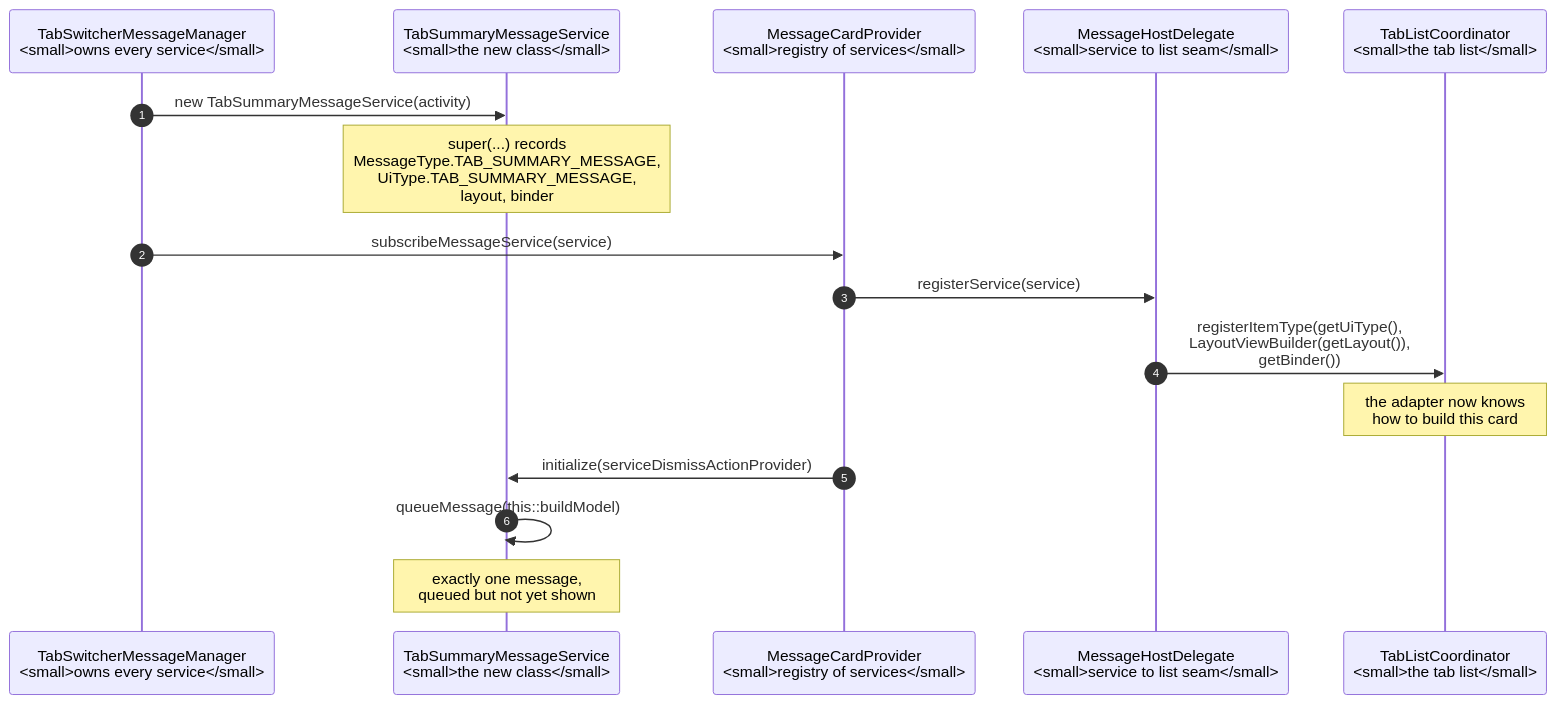
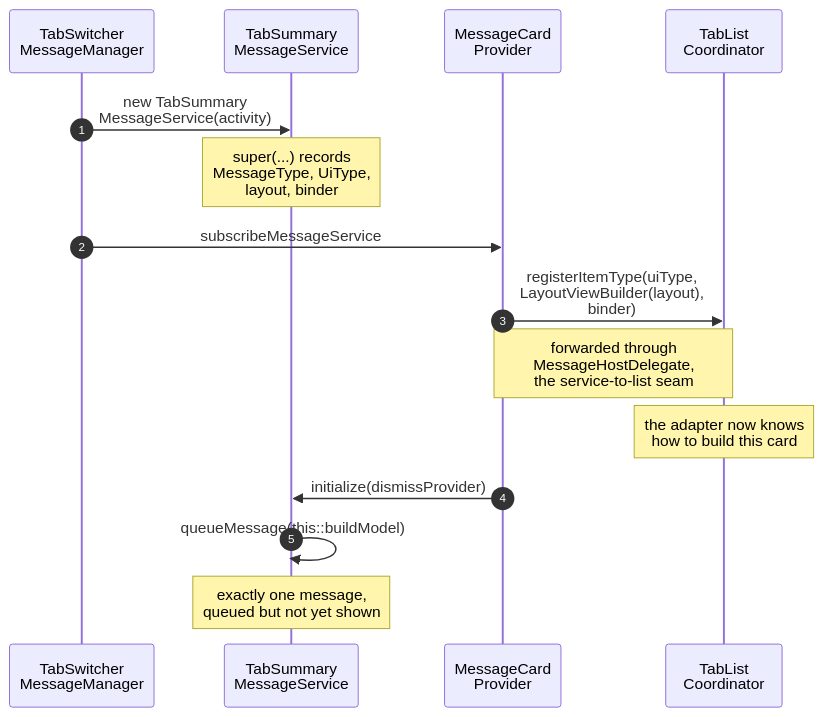
One commit to obeletski/chromium changed the second of 10 diagrams in docs/floating_window/tab-summary-android-ui-alternatives.md. Above: the diagram before and after it, drawn with Mermaid. The commit also changed other lines of this file and 13 other files, not shown here.

````diff
--- a/docs/floating_window/tab-summary-android-ui-alternatives.md
+++ b/docs/floating_window/tab-summary-android-ui-alternatives.md
@@ -556,19 +693,19 @@
 ```mermaid
+%%{init: {"sequence": {"actorMargin": 18, "width": 120, "boxMargin": 8, "messageFontSize": 13, "noteFontSize": 13}}}%%
 sequenceDiagram
     autonumber
-    participant TSMM as TabSwitcherMessageManager<br/><small>owns every service</small>
-    participant SVC as TabSummaryMessageService<br/><small>the new class</small>
-    participant MCP as MessageCardProvider<br/><small>registry of services</small>
-    participant MHD as MessageHostDelegate<br/><small>service to list seam</small>
-    participant TLC as TabListCoordinator<br/><small>the tab list</small>
+    participant TSMM as TabSwitcher<br/>MessageManager
+    participant SVC as TabSummary<br/>MessageService
+    participant MCP as MessageCard<br/>Provider
+    participant TLC as TabList<br/>Coordinator
 
-    TSMM->>SVC: new TabSummaryMessageService(activity)
-    Note over SVC: super(...) records<br/>MessageType.TAB_SUMMARY_MESSAGE,<br/>UiType.TAB_SUMMARY_MESSAGE,<br/>layout, binder
-    TSMM->>MCP: subscribeMessageService(service)
-    MCP->>MHD: registerService(service)
-    MHD->>TLC: registerItemType(getUiType(),<br/>LayoutViewBuilder(getLayout()),<br/>getBinder())
+    TSMM->>SVC: new TabSummary<br/>MessageService(activity)
+    Note over SVC: super(...) records<br/>MessageType, UiType,<br/>layout, binder
+    TSMM->>MCP: subscribeMessageService
+    MCP->>TLC: registerItemType(uiType,<br/>LayoutViewBuilder(layout),<br/>binder)
+    Note over MCP,TLC: forwarded through<br/>MessageHostDelegate,<br/>the service-to-list seam
     Note over TLC: the adapter now knows<br/>how to build this card
-    MCP->>SVC: initialize(serviceDismissActionProvider)
+    MCP->>SVC: initialize(dismissProvider)
     SVC->>SVC: queueMessage(this::buildModel)
     Note over SVC: exactly one message,<br/>queued but not yet shown
 ```
````
